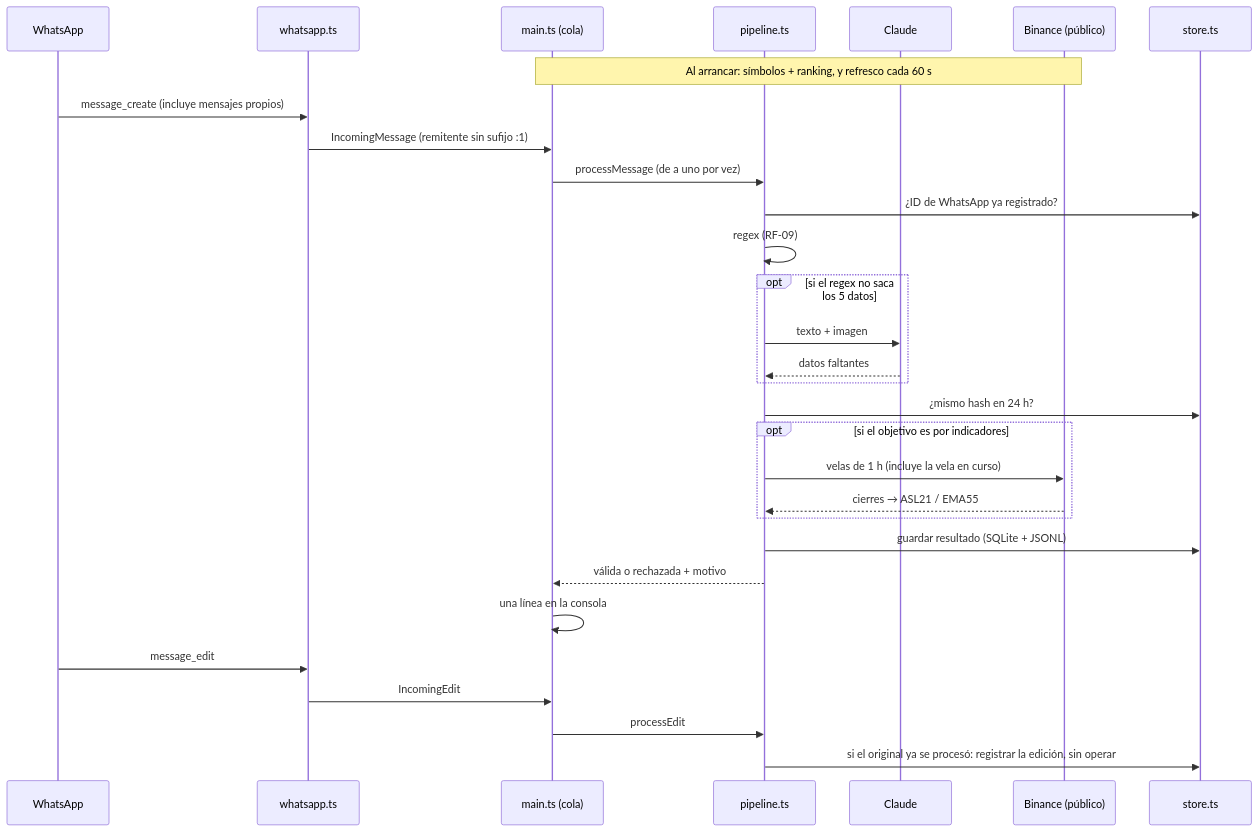
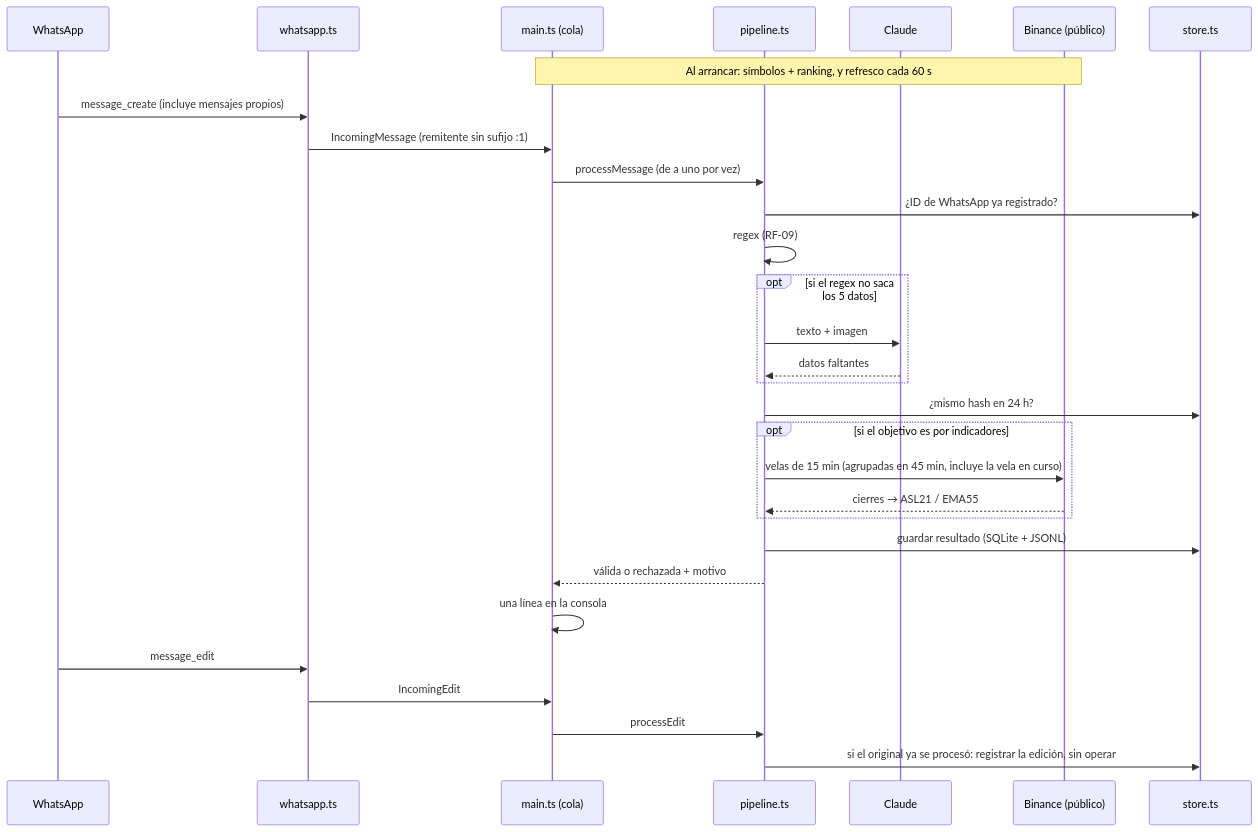
Before and after one commit to oespinola/v4: the fourth of 4 diagrams in docs/arquitectura.md, drawn with Mermaid. The commit also changed other lines of this file and 3 other files, not shown here.

Commit message:
docs(prd): calcular ASL21/EMA55 sobre velas de 45 min (RF-24, AC-69)

````diff
--- a/docs/arquitectura.md
+++ b/docs/arquitectura.md
@@ -119,34 +119,34 @@
 ```mermaid
 sequenceDiagram
   participant WA as WhatsApp
   participant W as whatsapp.ts
   participant M as main.ts (cola)
   participant P as pipeline.ts
   participant C as Claude
   participant B as Binance (público)
   participant S as store.ts
 
   Note over M,B: Al arrancar: símbolos + ranking, y refresco cada 60 s
   WA->>W: message_create (incluye mensajes propios)
   W->>M: IncomingMessage (remitente sin sufijo :1)
   M->>P: processMessage (de a uno por vez)
   P->>S: ¿ID de WhatsApp ya registrado?
   P->>P: regex (RF-09)
   opt si el regex no saca los 5 datos
     P->>C: texto + imagen
     C-->>P: datos faltantes
   end
   P->>S: ¿mismo hash en 24 h?
   opt si el objetivo es por indicadores
-    P->>B: velas de 1 h (incluye la vela en curso)
+    P->>B: velas de 15 min (agrupadas en 45 min, incluye la vela en curso)
     B-->>P: cierres → ASL21 / EMA55
   end
   P->>S: guardar resultado (SQLite + JSONL)
   P-->>M: válida o rechazada + motivo
   M->>M: una línea en la consola
 
   WA->>W: message_edit
   W->>M: IncomingEdit
   M->>P: processEdit
   P->>S: si el original ya se procesó: registrar la edición, sin operar
 ```
````
